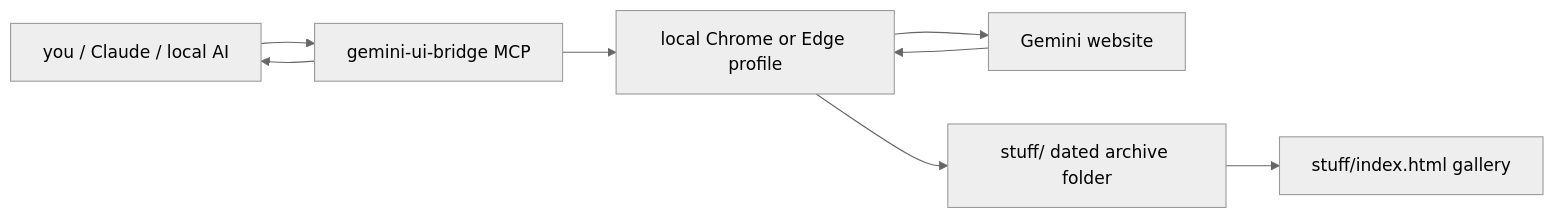
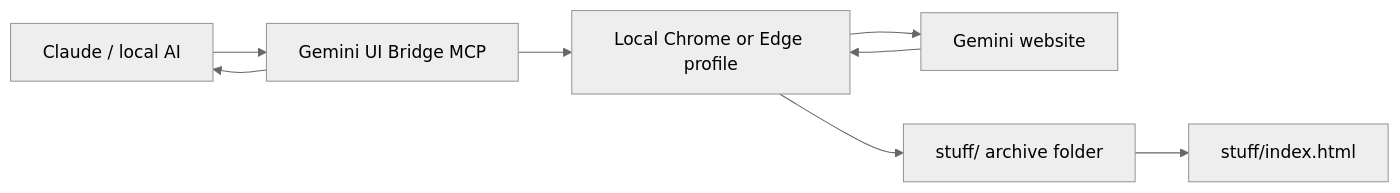
Before and after one commit to amandeepintl/gemini-ui-bridge: the diagram in README.md, drawn with Mermaid (neutral theme). The commit also changed other lines of this file and 3 other files, not shown here.

````diff
--- a/README.md
+++ b/README.md
@@ -51,10 +48,10 @@
 ```mermaid
 flowchart LR
-  User["you / Claude / local AI"] --> MCP["gemini-ui-bridge MCP"]
-  MCP --> Browser["local Chrome or Edge profile"]
+  User["Claude / local AI"] --> MCP["Gemini UI Bridge MCP"]
+  MCP --> Browser["Local Chrome or Edge profile"]
   Browser --> Gemini["Gemini website"]
   Gemini --> Browser
-  Browser --> Archive["stuff/ dated archive folder"]
-  Archive --> Gallery["stuff/index.html gallery"]
+  Browser --> Archive["stuff/ archive folder"]
+  Archive --> Gallery["stuff/index.html"]
   MCP --> User
 ```
````
